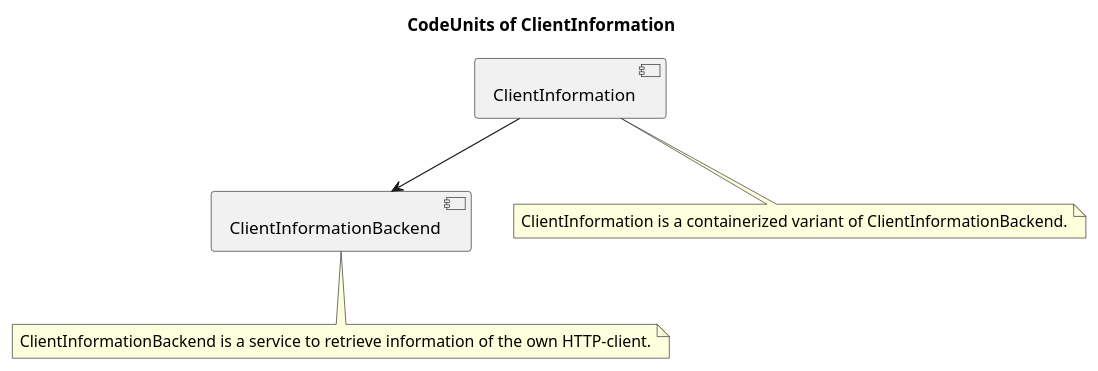
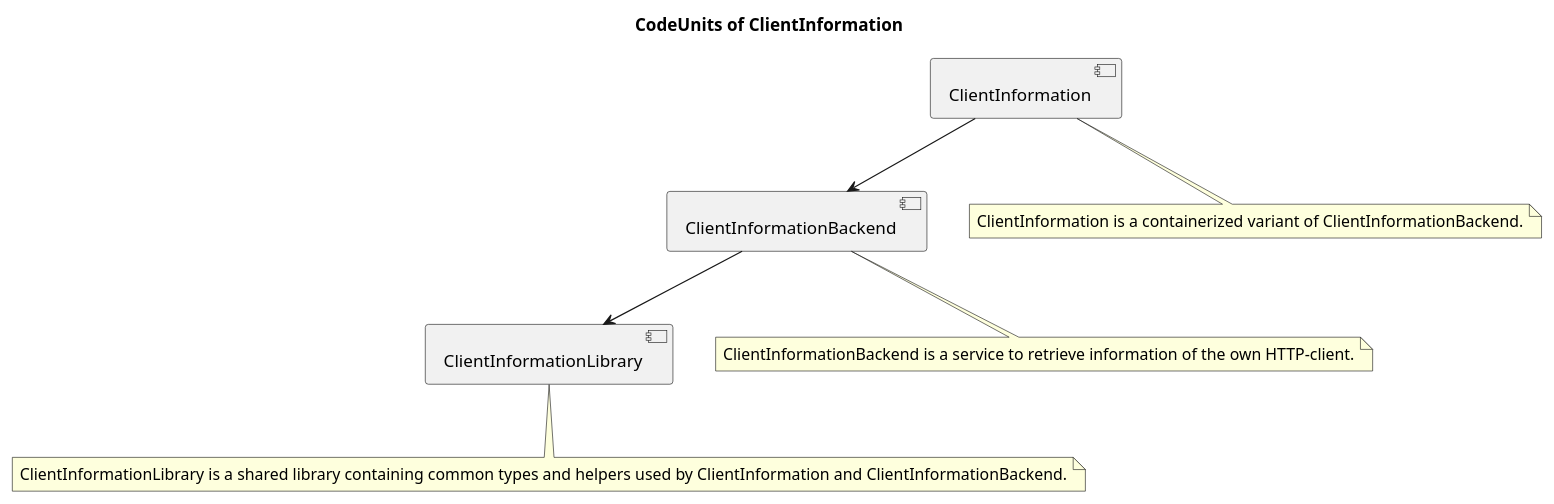
The diagram in Other/Reference/Technical/Diagrams/CodeUnits-Overview.plantuml (anionDev/ClientInformation), drawn with PlantUML before and after one commit. The commit also changed 39 other files, not shown here.

```diff
--- a/Other/Reference/Technical/Diagrams/CodeUnits-Overview.plantuml
+++ b/Other/Reference/Technical/Diagrams/CodeUnits-Overview.plantuml
@@ -1,18 +1,25 @@
 @startuml CodeUnits-Overview
 title CodeUnits of ClientInformation
+
+[ClientInformationLibrary]
+note as ClientInformationLibraryNote
+  ClientInformationLibrary is a shared library containing common types and helpers used by ClientInformation and ClientInformationBackend.
+end note
+ClientInformationLibrary .. ClientInformationLibraryNote
 
 [ClientInformationBackend]
 note as ClientInformationBackendNote
   ClientInformationBackend is a service to retrieve information of the own HTTP-client.
 end note
 ClientInformationBackend .. ClientInformationBackendNote
 
 [ClientInformation]
 note as ClientInformationNote
   ClientInformation is a containerized variant of ClientInformationBackend.
 end note
 ClientInformation .. ClientInformationNote
 
+ClientInformationBackend --> ClientInformationLibrary
 ClientInformation --> ClientInformationBackend
 
 @enduml
```
